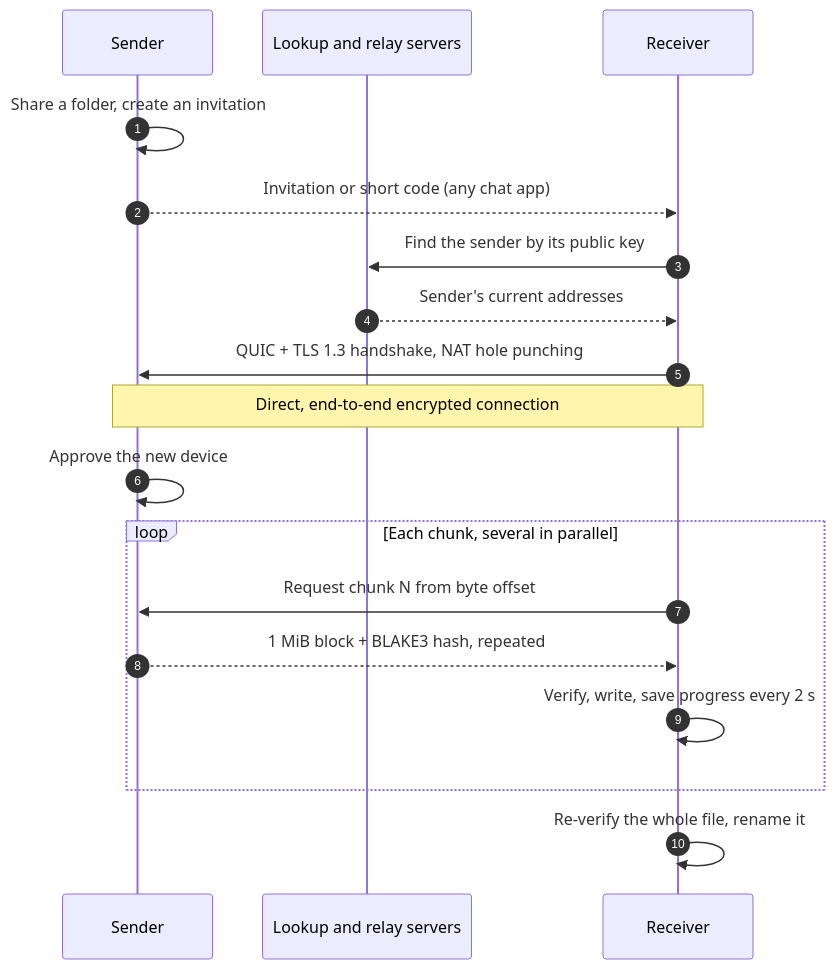
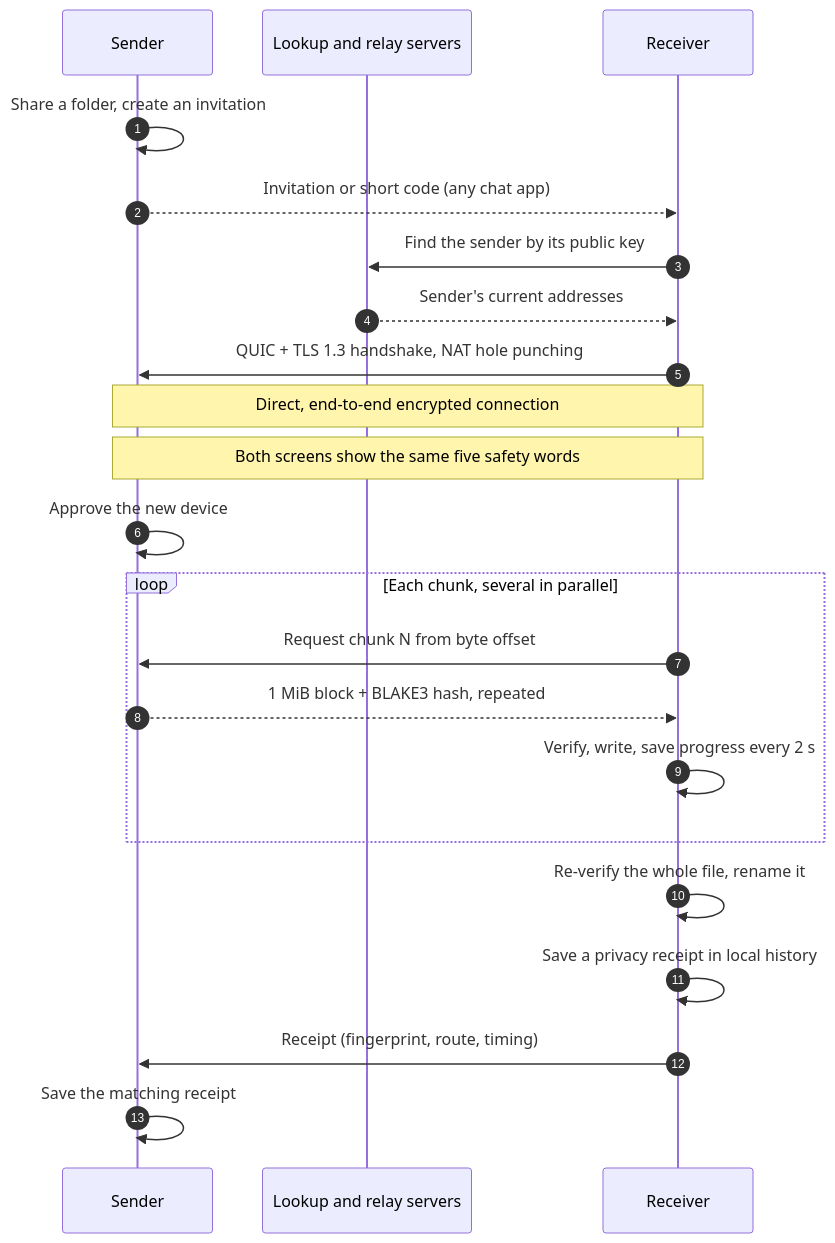
Before and after one commit to MisbahKhan0009/Relayless: the diagram in README.md, drawn with Mermaid. The commit also changed other lines of this file and 1 other file, not shown here.

First line of the commit message:
Docs: receipts and safety words in the protocol diagram, privacy and design guidelines

````diff
--- a/README.md
+++ b/README.md
@@ -105,20 +105,24 @@
 ```mermaid
 sequenceDiagram
     autonumber
     participant S as Sender
     participant N as Lookup and relay servers
     participant R as Receiver
     S->>S: Share a folder, create an invitation
     S-->>R: Invitation or short code (any chat app)
     R->>N: Find the sender by its public key
     N-->>R: Sender's current addresses
     R->>S: QUIC + TLS 1.3 handshake, NAT hole punching
     Note over S,R: Direct, end-to-end encrypted connection
+    Note over S,R: Both screens show the same five safety words
     S->>S: Approve the new device
     loop Each chunk, several in parallel
         R->>S: Request chunk N from byte offset
         S-->>R: 1 MiB block + BLAKE3 hash, repeated
         R->>R: Verify, write, save progress every 2 s
     end
     R->>R: Re-verify the whole file, rename it
+    R->>R: Save a privacy receipt in local history
+    R->>S: Receipt (fingerprint, route, timing)
+    S->>S: Save the matching receipt
 ```
````
